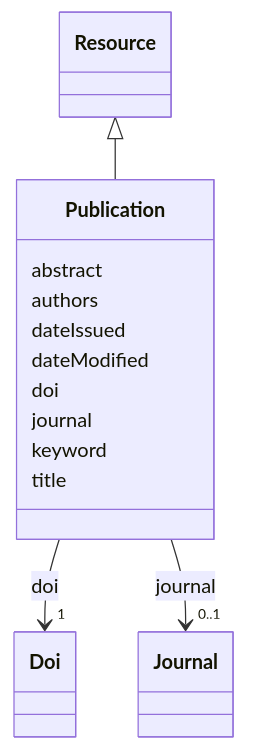
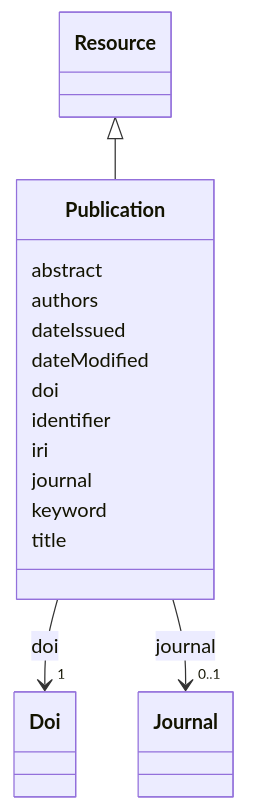
Before and after one commit to EVORA-project/evora-ontology: the diagram in models/docs/Publication.md, drawn with Mermaid. The commit also changed other lines of this file and 391 other files, not shown here.

````diff
--- a/models/docs/Publication.md
+++ b/models/docs/Publication.md
@@ -19,39 +19,43 @@
 ```mermaid
  classDiagram
     class Publication
     click Publication href "../Publication"
       Resource <|-- Publication
         click Resource href "../Resource"
       
       Publication : abstract
         
       Publication : authors
         
       Publication : dateIssued
         
       Publication : dateModified
         
       Publication : doi
         
           
     
     
     Publication --> "1" Doi : doi
     click Doi href "../Doi"
 
         
+      Publication : identifier
+        
+      Publication : iri
+        
       Publication : journal
         
           
     
     
     Publication --> "0..1" Journal : journal
     click Journal href "../Journal"
 
         
       Publication : keyword
         
       Publication : title
         
       
 ```
````
